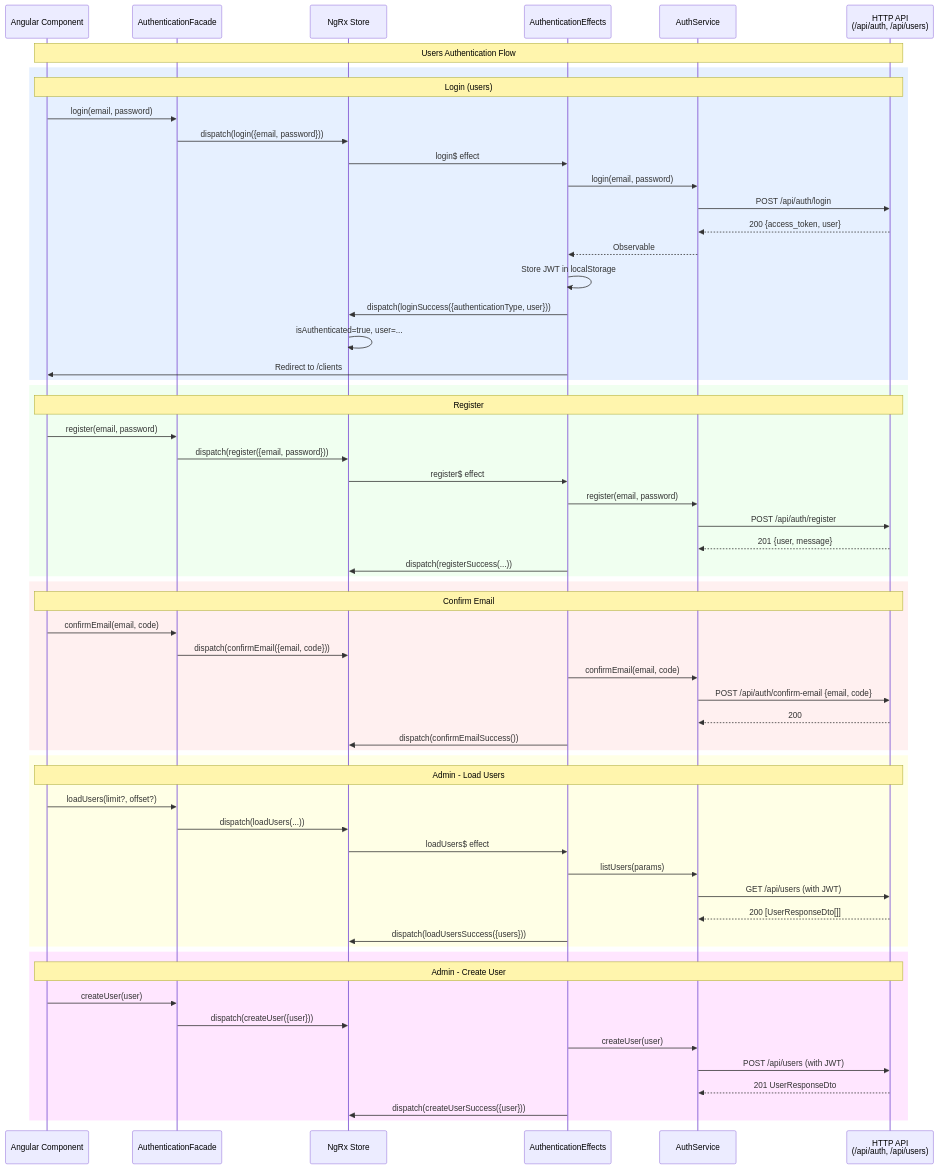
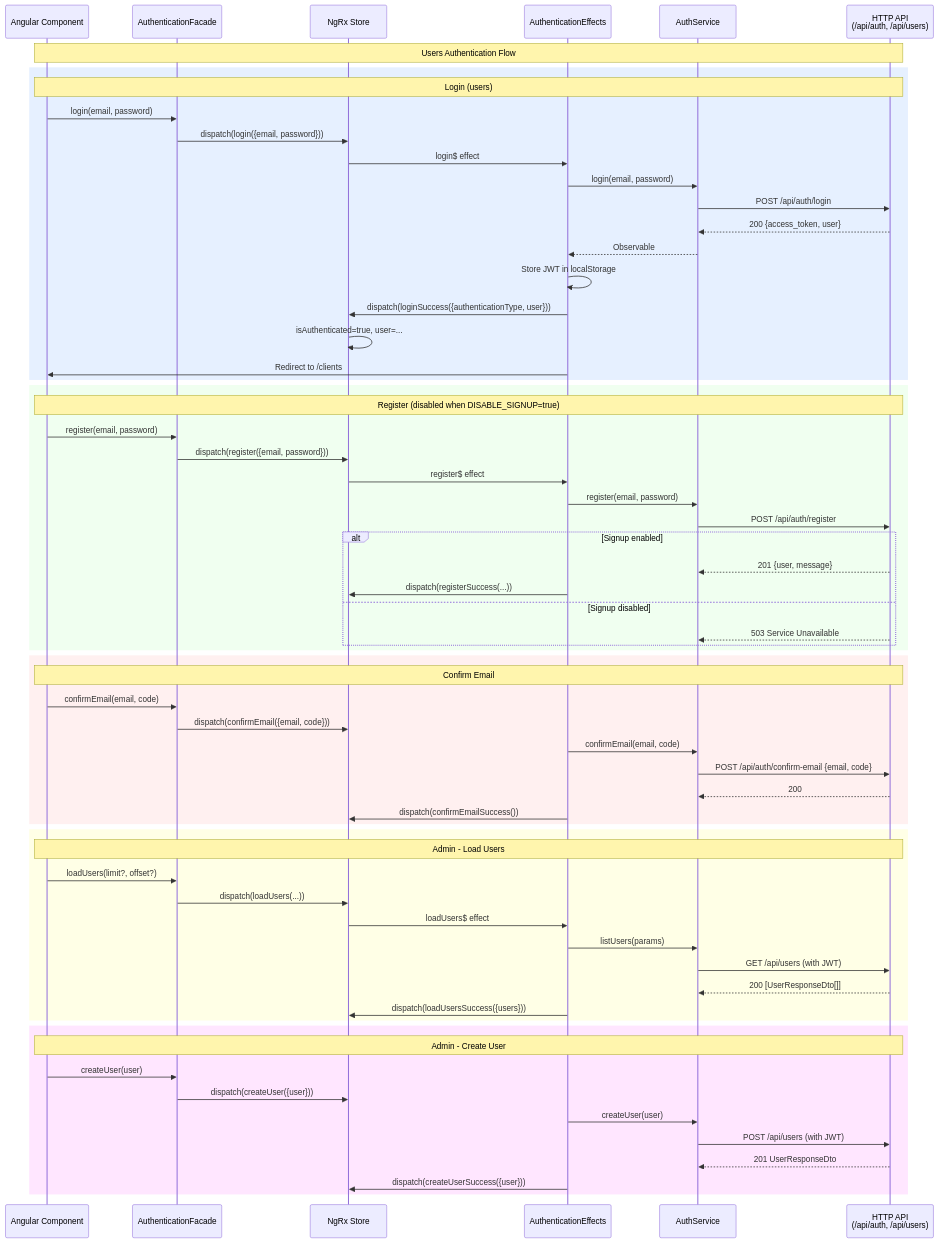
The diagram in libs/domains/framework/frontend/data-access-agent-console/docs/sequence-authentication.mmd (forepath/agenstra), drawn with Mermaid before and after one commit. The commit also changed 18 other files, not shown here.

```diff
--- a/libs/domains/framework/frontend/data-access-agent-console/docs/sequence-authentication.mmd
+++ b/libs/domains/framework/frontend/data-access-agent-console/docs/sequence-authentication.mmd
@@ -1,66 +1,70 @@
 sequenceDiagram
     participant Component as Angular Component
     participant Facade as AuthenticationFacade
     participant Store as NgRx Store
     participant Effects as AuthenticationEffects
     participant Service as AuthService
     participant API as HTTP API<br/>(/api/auth, /api/users)
 
     Note over Component,API: Users Authentication Flow
 
     rect rgb(230, 240, 255)
         Note over Component,API: Login (users)
         Component->>Facade: login(email, password)
         Facade->>Store: dispatch(login({email, password}))
         Store->>Effects: login$ effect
         Effects->>Service: login(email, password)
         Service->>API: POST /api/auth/login
         API-->>Service: 200 {access_token, user}
         Service-->>Effects: Observable
         Effects->>Effects: Store JWT in localStorage
         Effects->>Store: dispatch(loginSuccess({authenticationType, user}))
         Store->>Store: isAuthenticated=true, user=...
         Effects->>Component: Redirect to /clients
     end
 
     rect rgb(240, 255, 240)
-        Note over Component,API: Register
+        Note over Component,API: Register (disabled when DISABLE_SIGNUP=true)
         Component->>Facade: register(email, password)
         Facade->>Store: dispatch(register({email, password}))
         Store->>Effects: register$ effect
         Effects->>Service: register(email, password)
         Service->>API: POST /api/auth/register
-        API-->>Service: 201 {user, message}
-        Effects->>Store: dispatch(registerSuccess(...))
+        alt Signup enabled
+            API-->>Service: 201 {user, message}
+            Effects->>Store: dispatch(registerSuccess(...))
+        else Signup disabled
+            API-->>Service: 503 Service Unavailable
+        end
     end
 
     rect rgb(255, 240, 240)
         Note over Component,API: Confirm Email
         Component->>Facade: confirmEmail(email, code)
         Facade->>Store: dispatch(confirmEmail({email, code}))
         Effects->>Service: confirmEmail(email, code)
         Service->>API: POST /api/auth/confirm-email {email, code}
         API-->>Service: 200
         Effects->>Store: dispatch(confirmEmailSuccess())
     end
 
     rect rgb(255, 255, 230)
         Note over Component,API: Admin - Load Users
         Component->>Facade: loadUsers(limit?, offset?)
         Facade->>Store: dispatch(loadUsers(...))
         Store->>Effects: loadUsers$ effect
         Effects->>Service: listUsers(params)
         Service->>API: GET /api/users (with JWT)
         API-->>Service: 200 [UserResponseDto[]]
         Effects->>Store: dispatch(loadUsersSuccess({users}))
     end
 
     rect rgb(255, 230, 255)
         Note over Component,API: Admin - Create User
         Component->>Facade: createUser(user)
         Facade->>Store: dispatch(createUser({user}))
         Effects->>Service: createUser(user)
         Service->>API: POST /api/users (with JWT)
         API-->>Service: 201 UserResponseDto
         Effects->>Store: dispatch(createUserSuccess({user}))
     end
```
